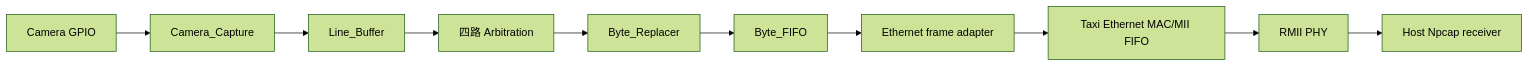
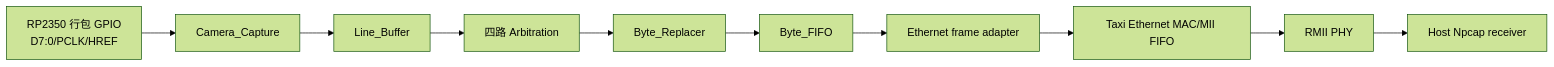
The first of 5 diagrams in README.zh-CN.md (YuweiZhang-002/FPGA-Based-Camera-Buffer), drawn with Mermaid (forest theme) before and after one commit. The commit also changed other lines of this file and 66 other files, not shown here.

````diff
--- a/README.zh-CN.md
+++ b/README.zh-CN.md
@@ -13,12 +27,12 @@
 ```mermaid
 flowchart LR
-    GPIO[Camera GPIO] --> CC[Camera_Capture]
+    GPIO[RP2350 行包 GPIO<br/>D7:0/PCLK/HREF] --> CC[Camera_Capture]
     CC --> LB[Line_Buffer]
     LB --> ARB[四路 Arbitration]
     ARB --> BR[Byte_Replacer]
     BR --> BF[Byte_FIFO]
     BF --> EFA[Ethernet frame adapter]
     EFA --> MAC[Taxi Ethernet MAC/MII FIFO]
     MAC --> RMII[RMII PHY]
     RMII --> HOST[Host Npcap receiver]
 ```
````
